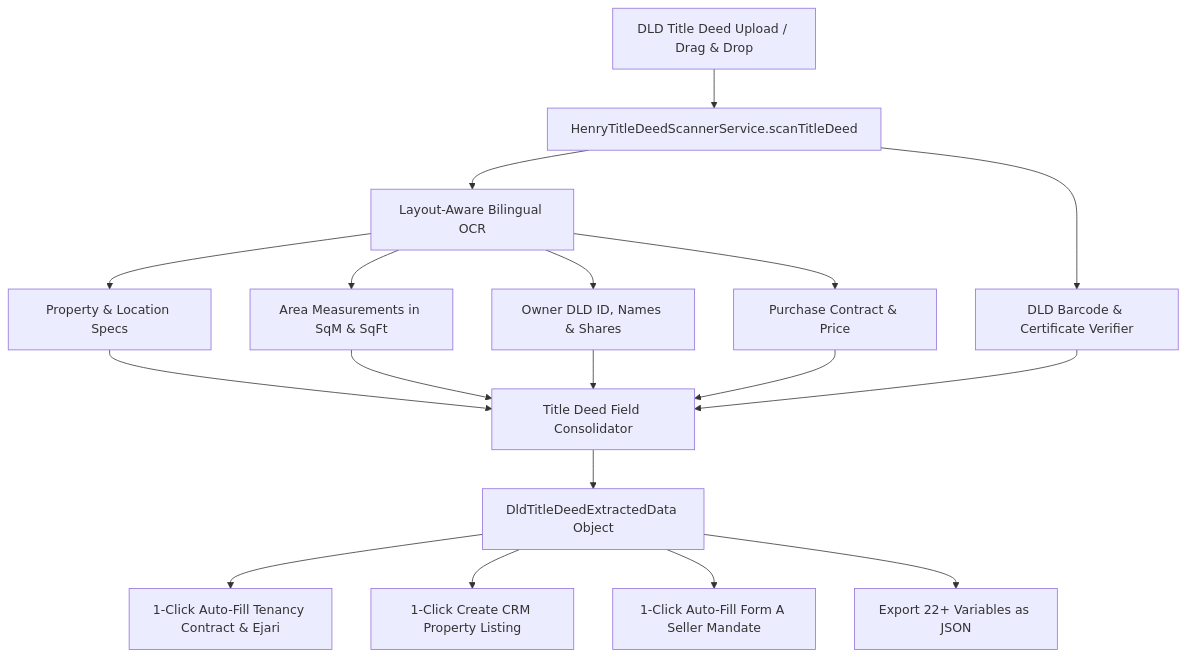
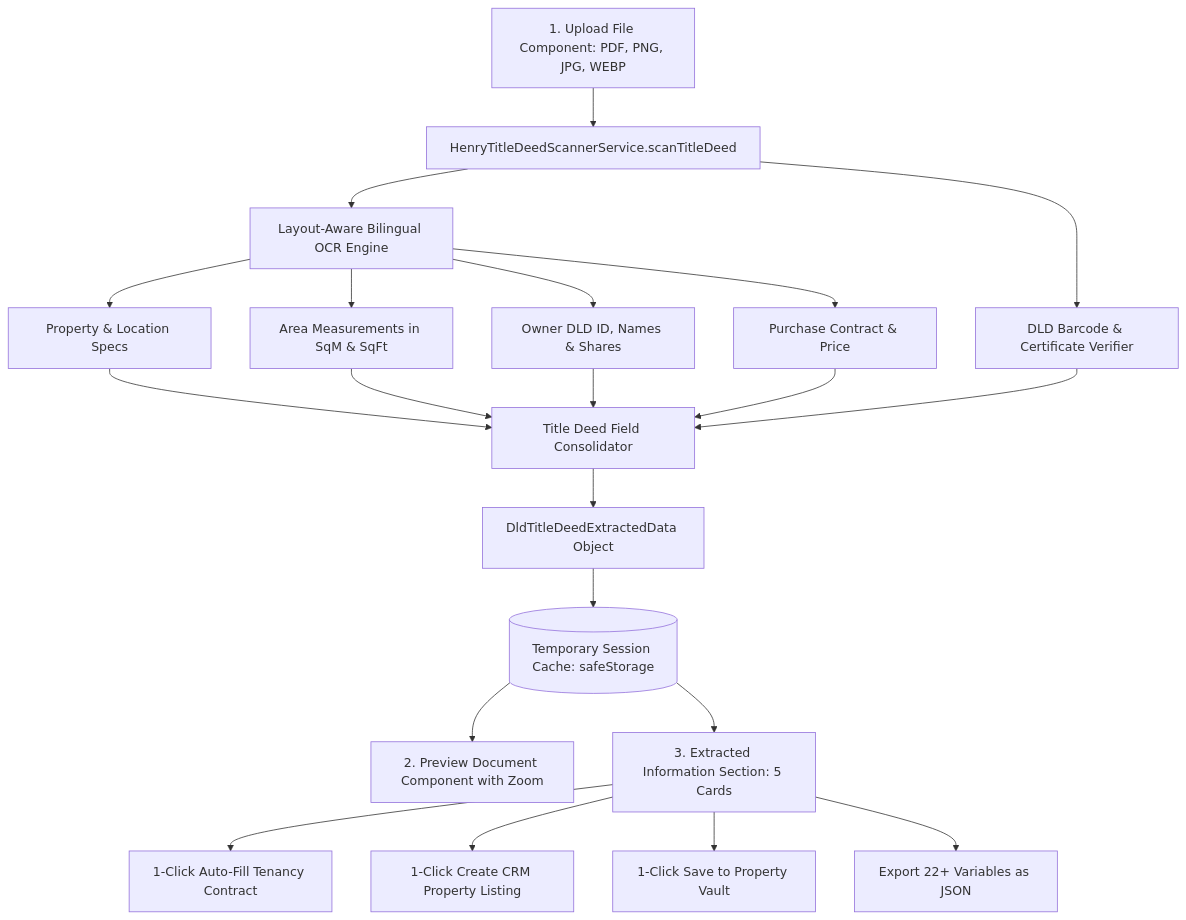
The diagram in business_docs/henry_document_records_keeper/HENRY_TITLE_DEED_SCANNER_SDD.md (arslan9024/White-Caves), drawn with Mermaid before and after one commit. The commit also changed other lines of this file and 22 other files, not shown here.

Commit message:
feat(henry-ai): complete 3.19.1-3.19.5 optical document scanners with session caching and 3-part UI

````diff
--- a/business_docs/henry_document_records_keeper/HENRY_TITLE_DEED_SCANNER_SDD.md
+++ b/business_docs/henry_document_records_keeper/HENRY_TITLE_DEED_SCANNER_SDD.md
@@ -11,25 +12,29 @@
 ```mermaid
 graph TD
-    Upload[DLD Title Deed Upload / Drag & Drop] --> Scanner[HenryTitleDeedScannerService.scanTitleDeed]
+    Upload[1. Upload File Component: PDF, PNG, JPG, WEBP] --> Scanner[HenryTitleDeedScannerService.scanTitleDeed]
     
-    Scanner --> LayoutOCR[Layout-Aware Bilingual OCR]
+    Scanner --> LayoutOCR[Layout-Aware Bilingual OCR Engine]
     Scanner --> BarcodeParser[DLD Barcode & Certificate Verifier]
 
     LayoutOCR --> PropSpecs[Property & Location Specs]
     LayoutOCR --> Areas[Area Measurements in SqM & SqFt]
     LayoutOCR --> Ownership[Owner DLD ID, Names & Shares]
     LayoutOCR --> History[Purchase Contract & Price]
 
     PropSpecs --> Consolidator[Title Deed Field Consolidator]
     Areas --> Consolidator
     Ownership --> Consolidator
     History --> Consolidator
     BarcodeParser --> Consolidator
 
     Consolidator --> OutputPayload[DldTitleDeedExtractedData Object]
+    OutputPayload --> SessionCache[(Temporary Session Cache: safeStorage)]
 
-    OutputPayload --> Action1[1-Click Auto-Fill Tenancy Contract & Ejari]
-    OutputPayload --> Action2[1-Click Create CRM Property Listing]
-    OutputPayload --> Action3[1-Click Auto-Fill Form A Seller Mandate]
-    OutputPayload --> Action4[Export 22+ Variables as JSON]
+    SessionCache --> Preview[2. Preview Document Component with Zoom]
+    SessionCache --> ExtractionView[3. Extracted Information Section: 5 Cards]
+
+    ExtractionView --> Action1[1-Click Auto-Fill Tenancy Contract]
+    ExtractionView --> Action2[1-Click Create CRM Property Listing]
+    ExtractionView --> Action3[1-Click Save to Property Vault]
+    ExtractionView --> Action4[Export 22+ Variables as JSON]
 ```
````
